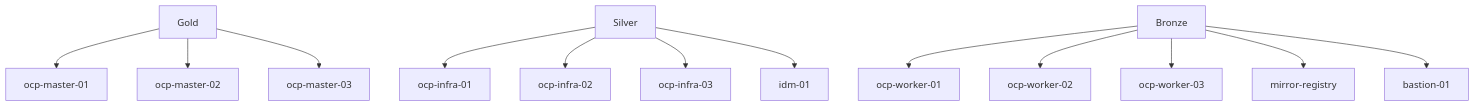
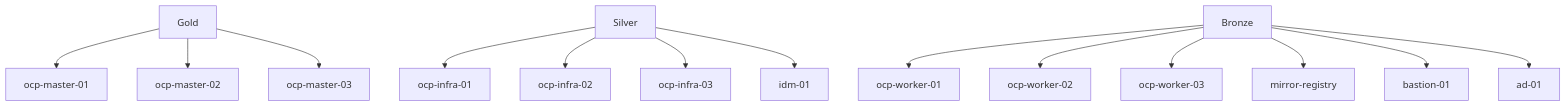
The third of 4 diagrams in aws-metal-openshift-demo/docs/host-resource-management.md (gprocunier/calabi), drawn with Mermaid before and after one commit. The commit also changed other lines of this file and 2 other files, not shown here.

````diff
--- a/aws-metal-openshift-demo/docs/host-resource-management.md
+++ b/aws-metal-openshift-demo/docs/host-resource-management.md
@@ -214,21 +215,22 @@
 ```mermaid
 flowchart TD
     gold[Gold]
     silver[Silver]
     bronze[Bronze]
 
     gold --> master1[ocp-master-01]
     gold --> master2[ocp-master-02]
     gold --> master3[ocp-master-03]
 
     silver --> infra1[ocp-infra-01]
     silver --> infra2[ocp-infra-02]
     silver --> infra3[ocp-infra-03]
     silver --> idm[idm-01]
 
     bronze --> worker1[ocp-worker-01]
     bronze --> worker2[ocp-worker-02]
     bronze --> worker3[ocp-worker-03]
     bronze --> mirror[mirror-registry]
     bronze --> bastion[bastion-01]
+    bronze --> ad[ad-01]
 ```
````
